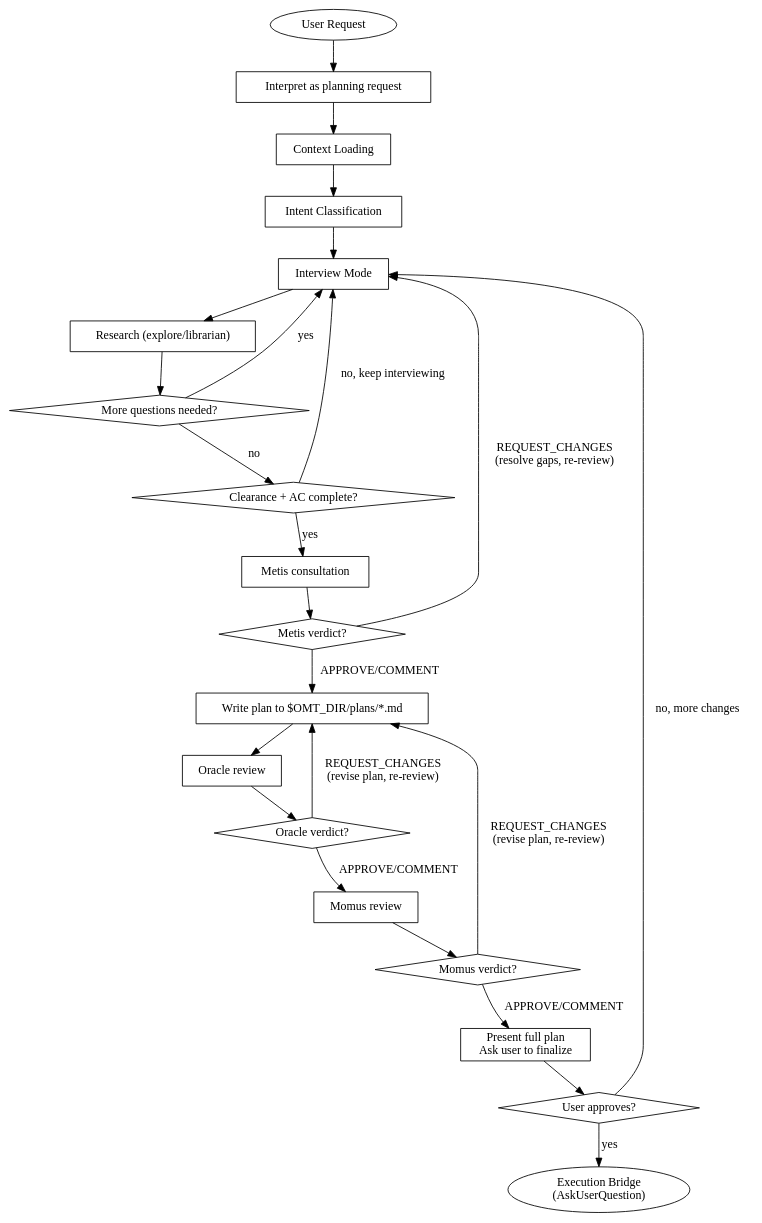
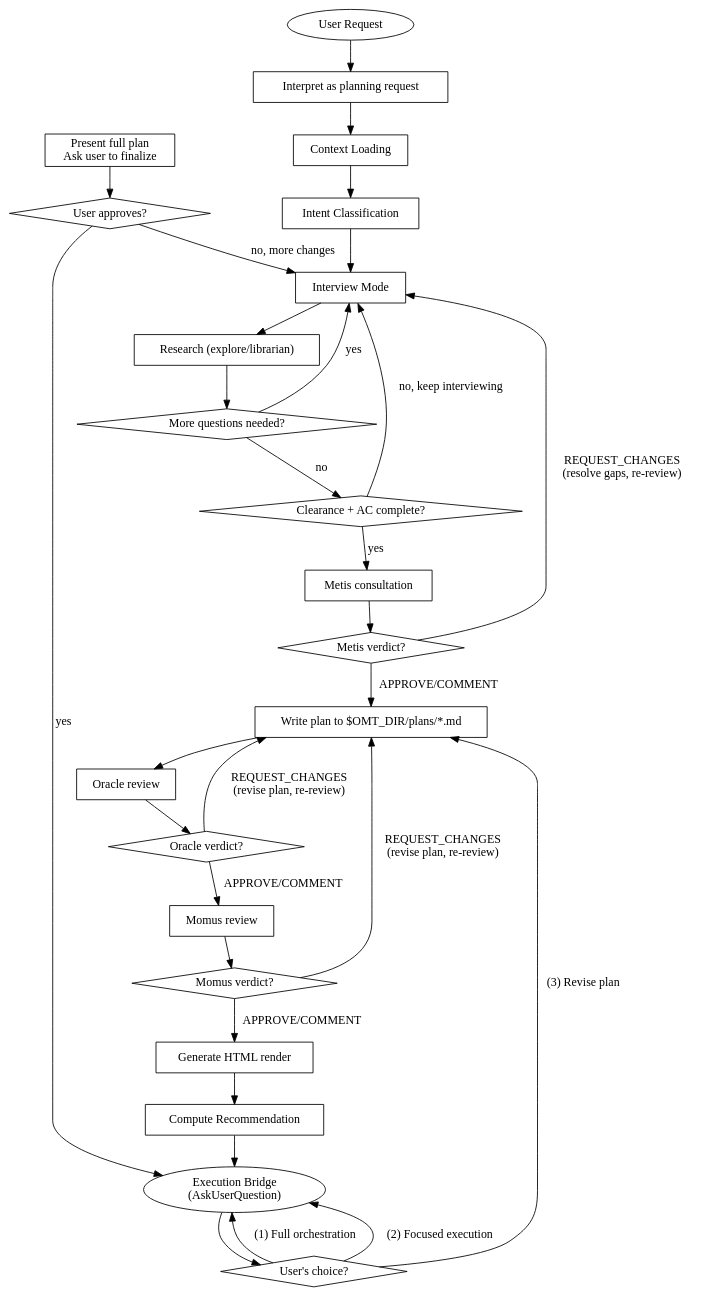
The diagram in skills/prometheus/SKILL.md (toongri/oh-my-toong-playground), drawn with Graphviz before and after one commit. The commit also changed other lines of this file, not shown here.

Commit message:
feat: prometheus 플로우·태스크 기율 섹션 추가

````diff
--- a/skills/prometheus/SKILL.md
+++ b/skills/prometheus/SKILL.md
@@ -51,47 +51,56 @@
 ```dot
 digraph prometheus_flow {
     rankdir=TB;
     "User Request" [shape=ellipse];
     "Interpret as planning request" [shape=box];
     "Context Loading" [shape=box];
     "Intent Classification" [shape=box];
     "Interview Mode" [shape=box];
     "Research (explore/librarian)" [shape=box];
     "More questions needed?" [shape=diamond];
     "Clearance + AC complete?" [shape=diamond];
     "Metis consultation" [shape=box];
     "Metis verdict?" [shape=diamond];
     "Write plan to $OMT_DIR/plans/*.md" [shape=box];
     "Oracle review" [shape=box];
     "Oracle verdict?" [shape=diamond];
     "Momus review" [shape=box];
     "Momus verdict?" [shape=diamond];
     "Present full plan\nAsk user to finalize" [shape=box];
     "User approves?" [shape=diamond];
+    "Generate HTML render" [shape=box];
+    "Compute Recommendation" [shape=box];
     "Execution Bridge\n(AskUserQuestion)" [shape=ellipse];
+    "User's choice?" [shape=diamond];
 
     "User Request" -> "Interpret as planning request";
     "Interpret as planning request" -> "Context Loading";
     "Context Loading" -> "Intent Classification";
     "Intent Classification" -> "Interview Mode";
     "Interview Mode" -> "Research (explore/librarian)";
     "Research (explore/librarian)" -> "More questions needed?";
     "More questions needed?" -> "Interview Mode" [label="yes"];
     "More questions needed?" -> "Clearance + AC complete?" [label="no"];
     "Clearance + AC complete?" -> "Interview Mode" [label="no, keep interviewing"];
     "Clearance + AC complete?" -> "Metis consultation" [label="yes"];
     "Metis consultation" -> "Metis verdict?";
     "Metis verdict?" -> "Interview Mode" [label="REQUEST_CHANGES\n(resolve gaps, re-review)"];
     "Metis verdict?" -> "Write plan to $OMT_DIR/plans/*.md" [label="APPROVE/COMMENT"];
     "Write plan to $OMT_DIR/plans/*.md" -> "Oracle review";
     "Oracle review" -> "Oracle verdict?";
     "Oracle verdict?" -> "Write plan to $OMT_DIR/plans/*.md" [label="REQUEST_CHANGES\n(revise plan, re-review)"];
     "Oracle verdict?" -> "Momus review" [label="APPROVE/COMMENT"];
     "Momus review" -> "Momus verdict?";
     "Momus verdict?" -> "Write plan to $OMT_DIR/plans/*.md" [label="REQUEST_CHANGES\n(revise plan, re-review)"];
-    "Momus verdict?" -> "Present full plan\nAsk user to finalize" [label="APPROVE/COMMENT"];
+    "Momus verdict?" -> "Generate HTML render" [label="APPROVE/COMMENT"];
+    "Generate HTML render" -> "Compute Recommendation";
+    "Compute Recommendation" -> "Execution Bridge\n(AskUserQuestion)";
+    "Execution Bridge\n(AskUserQuestion)" -> "User's choice?";
+    "User's choice?" -> "Execution Bridge\n(AskUserQuestion)" [label="(1) Full orchestration"];
+    "User's choice?" -> "Execution Bridge\n(AskUserQuestion)" [label="(2) Focused execution"];
+    "User's choice?" -> "Write plan to $OMT_DIR/plans/*.md" [label="(3) Revise plan"];
     "Present full plan\nAsk user to finalize" -> "User approves?";
     "User approves?" -> "Interview Mode" [label="no, more changes"];
     "User approves?" -> "Execution Bridge\n(AskUserQuestion)" [label="yes"];
 }
 ```
````
